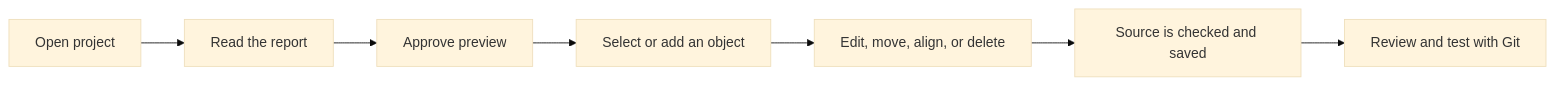
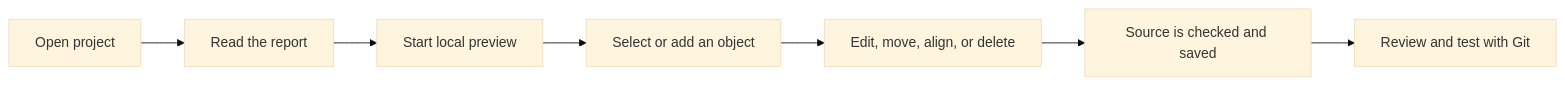
The second of 2 diagrams in README.md (RaditteAnggoro/react-uiux-tool), drawn with Mermaid (base theme) before and after one commit. The commit also changed other lines of this file and 40 other files, not shown here.

````diff
--- a/README.md
+++ b/README.md
@@ -95,9 +105,9 @@
 ```mermaid
 flowchart LR
   A[Open project] --> B[Read the report]
-  B --> C[Approve preview]
+  B --> C[Start local preview]
   C --> D[Select or add an object]
   D --> E[Edit, move, align, or delete]
   E --> F[Source is checked and saved]
   F --> G[Review and test with Git]
 ```
````
